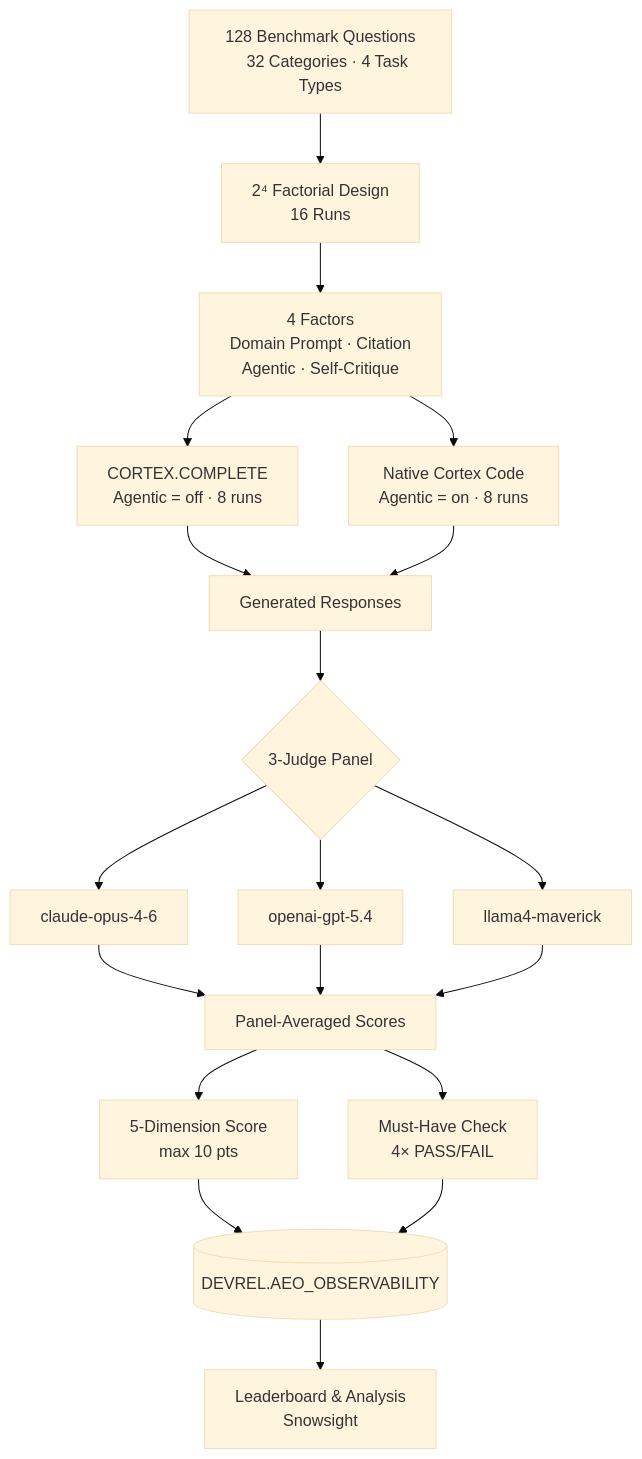
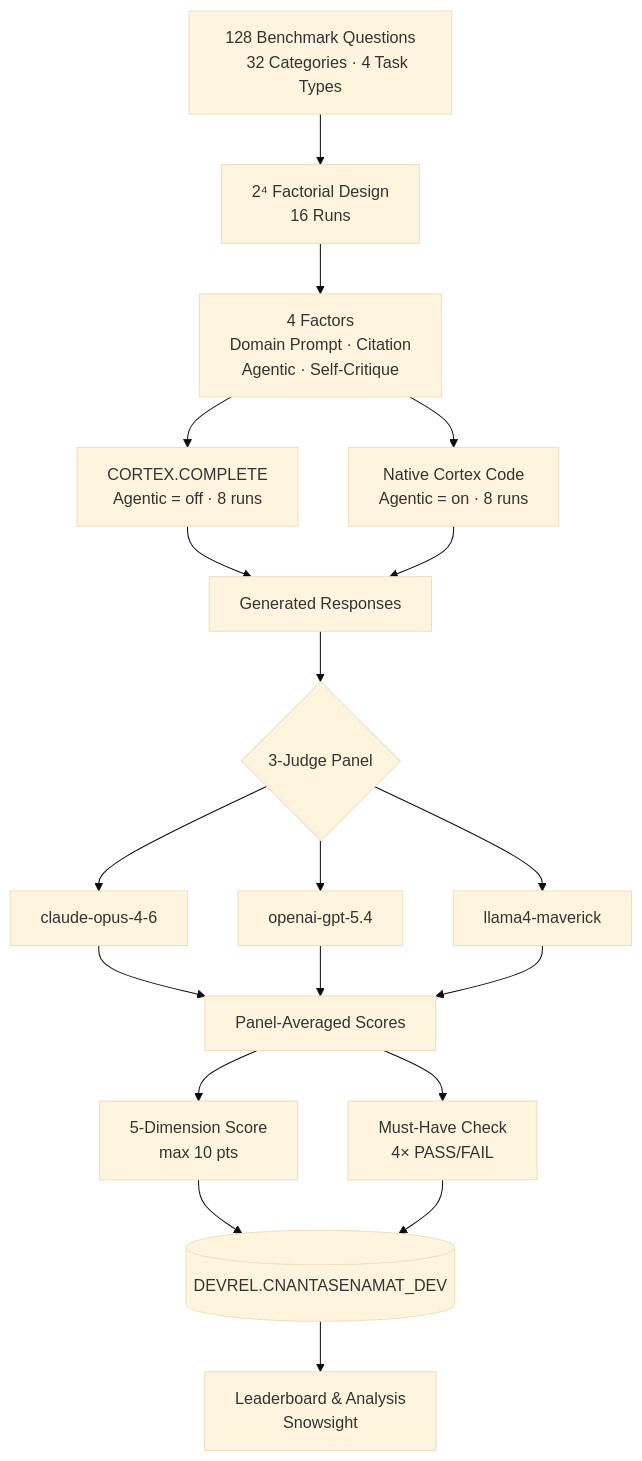
Before and after one commit to sfc-gh-cnantasenamat/aeo-methodology: the diagram in README.md, drawn with Mermaid (base theme). The commit also changed other lines of this file and 5 other files, not shown here.

````diff
--- a/README.md
+++ b/README.md
@@ -39,37 +36,37 @@
 ```mermaid
 flowchart TD
     A["128 Benchmark Questions
     32 Categories · 4 Task Types"] --> B["2⁴ Factorial Design
     16 Runs"]
 
     B --> B1["4 Factors
     Domain Prompt · Citation
     Agentic · Self-Critique"]
 
     B1 --> E1["CORTEX.COMPLETE
     Agentic = off · 8 runs"]
     B1 --> E2["Native Cortex Code
     Agentic = on · 8 runs"]
 
     E1 --> F[Generated Responses]
     E2 --> F
 
     F --> G{3-Judge Panel}
     G --> G1[claude-opus-4-6]
     G --> G2[openai-gpt-5.4]
     G --> G3[llama4-maverick]
 
     G1 --> H[Panel-Averaged Scores]
     G2 --> H
     G3 --> H
 
     H --> I["5-Dimension Score
     max 10 pts"]
     H --> J["Must-Have Check
     4× PASS/FAIL"]
 
-    I --> K[(DEVREL.AEO_OBSERVABILITY)]
+    I --> K[(DEVREL.CNANTASENAMAT_DEV)]
     J --> K
     K --> L["Leaderboard & Analysis
     Snowsight"]
 ```
````
